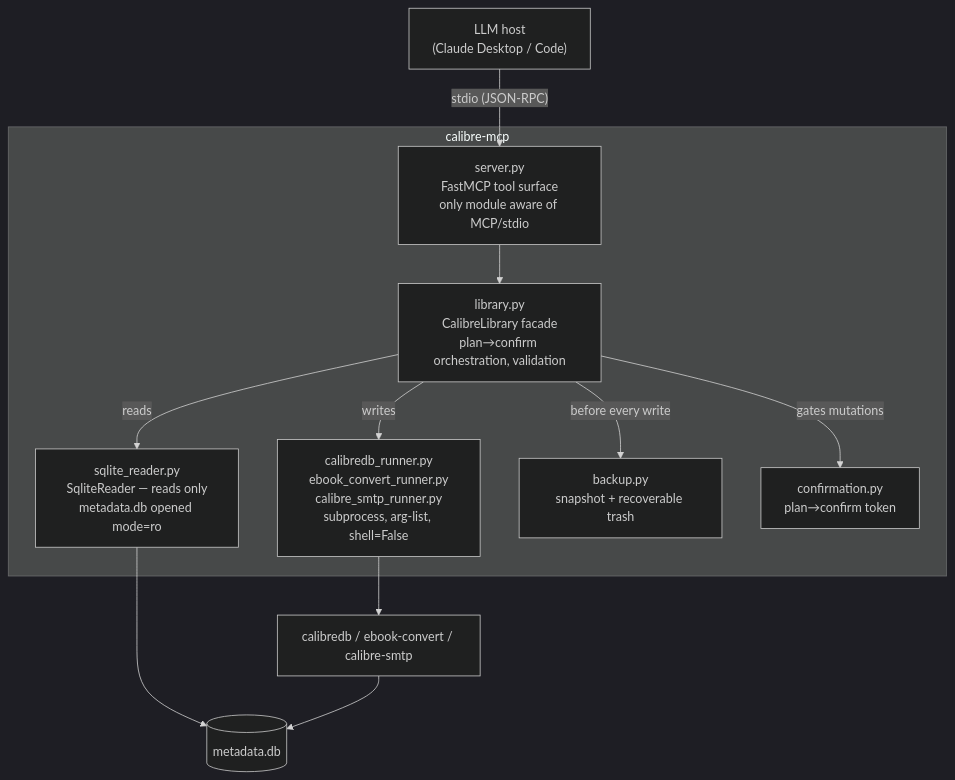
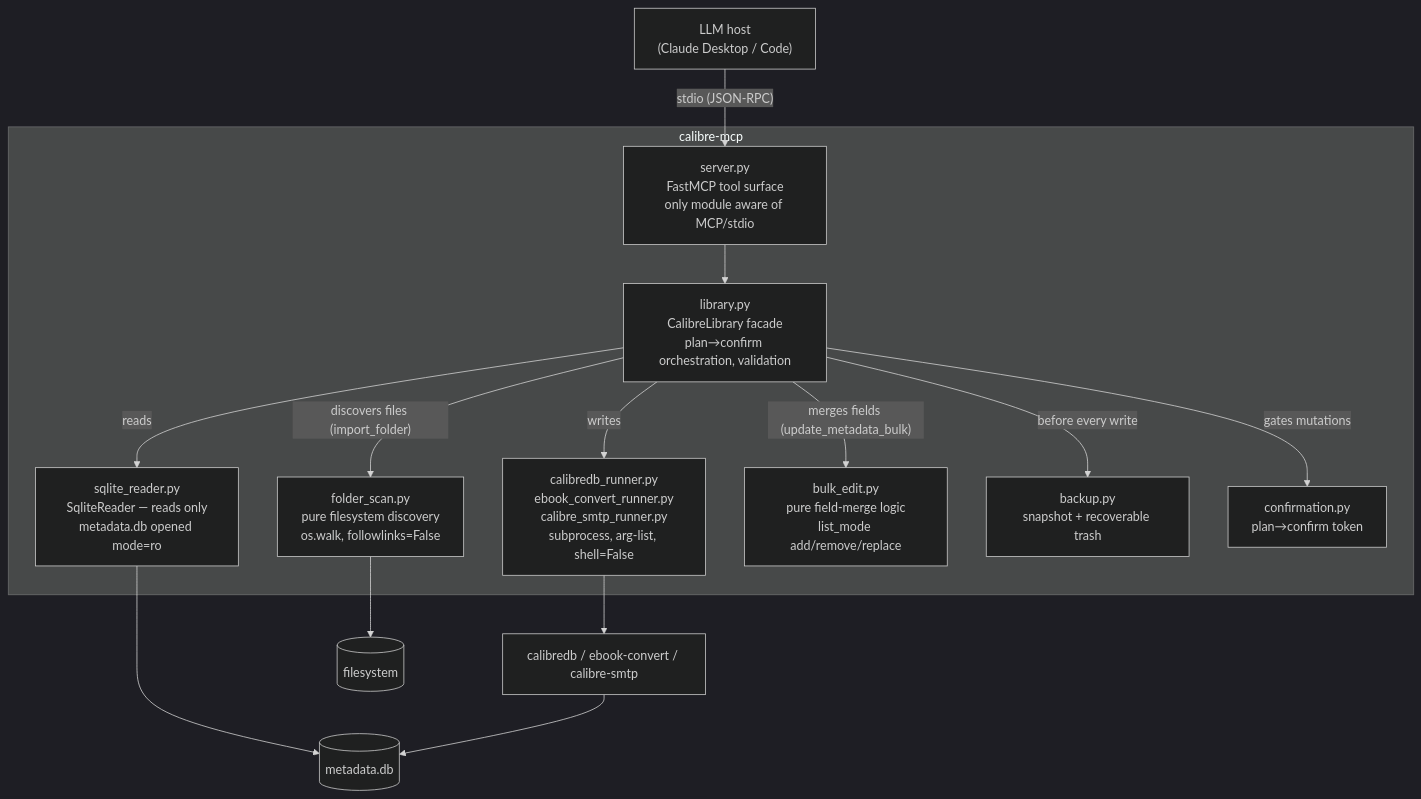
The first of 3 diagrams in ARCHITECTURE.md (gustavofsousa/calibre-mcp), drawn with Mermaid (dark theme) before and after one commit. The commit also changed other lines of this file and 2 other files, not shown here.

First line of the commit message:
docs: add PRODUCT.md, sync ARCHITECTURE.md and README with shipped bulk-ops surface

````diff
--- a/ARCHITECTURE.md
+++ b/ARCHITECTURE.md
@@ -9,23 +10,28 @@
 ```mermaid
 flowchart TD
     Host["LLM host<br/>(Claude Desktop / Code)"] -- "stdio (JSON-RPC)" --> Server
 
     subgraph MCP["calibre-mcp"]
         Server["server.py<br/>FastMCP tool surface<br/>only module aware of MCP/stdio"]
         Facade["library.py<br/>CalibreLibrary facade<br/>plan→confirm orchestration, validation"]
         Reader["sqlite_reader.py<br/>SqliteReader — reads only<br/>metadata.db opened mode=ro"]
         Runners["calibredb_runner.py<br/>ebook_convert_runner.py<br/>calibre_smtp_runner.py<br/>subprocess, arg-list, shell=False"]
+        Scan["folder_scan.py<br/>pure filesystem discovery<br/>os.walk, followlinks=False"]
+        Merge["bulk_edit.py<br/>pure field-merge logic<br/>list_mode add/remove/replace"]
         Backup["backup.py<br/>snapshot + recoverable trash"]
         Confirm["confirmation.py<br/>plan→confirm token"]
 
         Server --> Facade
         Facade -- "reads" --> Reader
         Facade -- "writes" --> Runners
+        Facade -- "discovers files (import_folder)" --> Scan
+        Facade -- "merges fields (update_metadata_bulk)" --> Merge
         Facade -- "before every write" --> Backup
         Facade -- "gates mutations" --> Confirm
     end
 
     Reader --> DB[("metadata.db")]
     Runners --> CLI["calibredb / ebook-convert / calibre-smtp"]
     CLI --> DB
+    Scan --> FS[("filesystem")]
 ```
````
